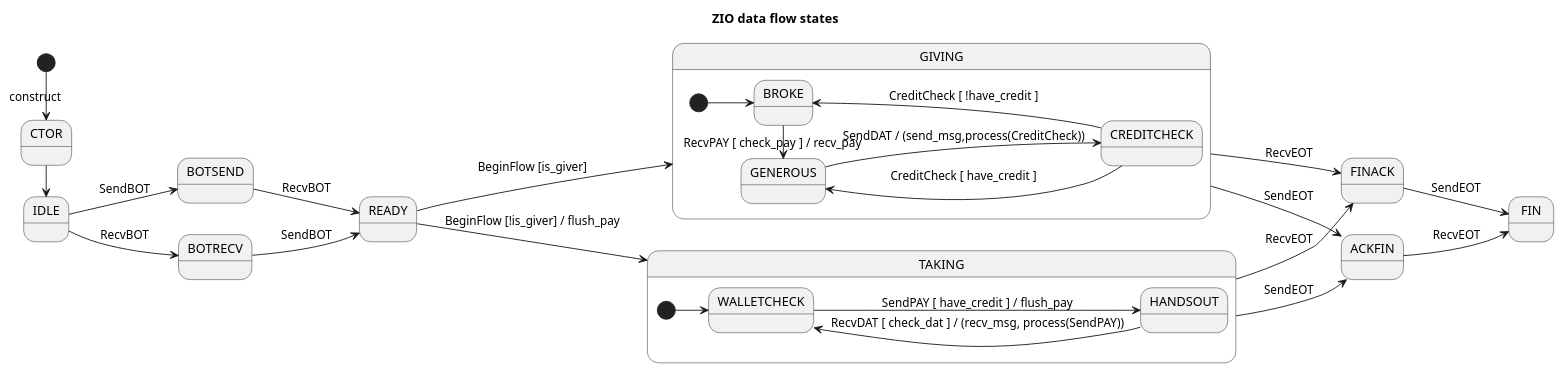
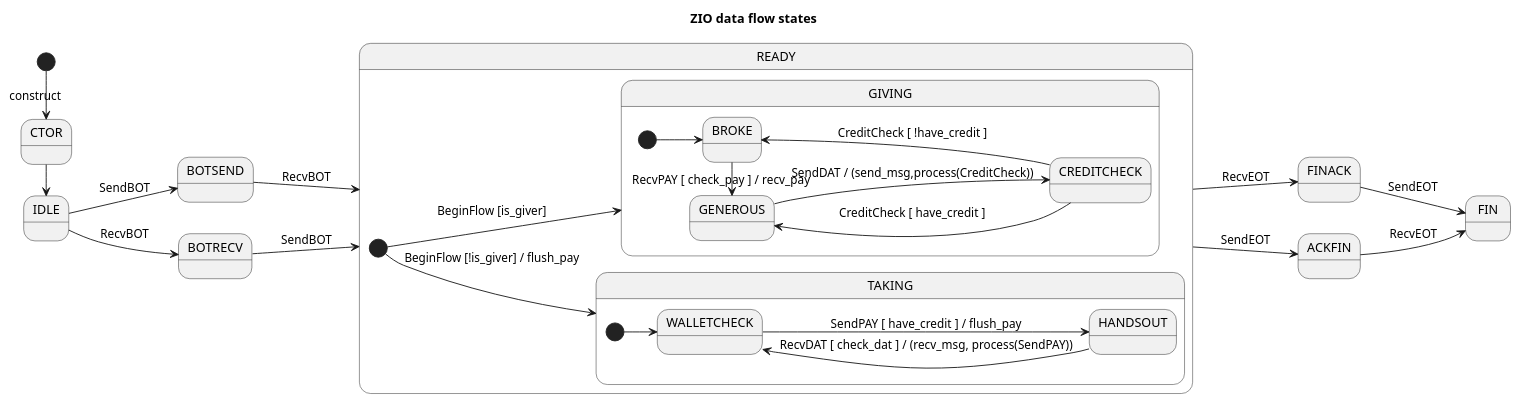
Before and after one commit to brettviren/zio: the diagram in docs/flow-states.plantuml, drawn with PlantUML. The commit also changed 3 other files, not shown here.

Commit message:
Get prototype for new fsm based flow object working

```diff
--- a/docs/flow-states.plantuml
+++ b/docs/flow-states.plantuml
@@ -1,37 +1,35 @@
 @startuml
 left to right direction
 title ZIO data flow states
 [*] -> CTOR : construct
 CTOR -> IDLE
 IDLE --> BOTSEND : SendBOT
 IDLE --> BOTRECV : RecvBOT
 BOTSEND --> READY : RecvBOT
 BOTRECV --> READY : SendBOT
 
-READY --> GIVING : BeginFlow [is_giver]
-READY --> TAKING : BeginFlow [!is_giver] / flush_pay
+state READY {
+        [*] --> GIVING : BeginFlow [is_giver]
+        [*] --> TAKING : BeginFlow [!is_giver] / flush_pay
 
 state GIVING {
         [*] --> BROKE
         BROKE -> GENEROUS : RecvPAY [ check_pay ] / recv_pay
         GENEROUS -> CREDITCHECK : SendDAT / (send_msg,process(CreditCheck))
         CREDITCHECK --> GENEROUS : CreditCheck [ have_credit ]
         CREDITCHECK --> BROKE : CreditCheck [ !have_credit ]
 }
 
-GIVING --> FINACK : RecvEOT
-GIVING --> ACKFIN : SendEOT
-
 state TAKING {
         [*] --> WALLETCHECK
         WALLETCHECK -> HANDSOUT : SendPAY [ have_credit ] / flush_pay
         HANDSOUT --> WALLETCHECK : RecvDAT [ check_dat ] / (recv_msg, process(SendPAY))
 }
-
-TAKING --> FINACK : RecvEOT
-TAKING --> ACKFIN : SendEOT
+}
+READY --> FINACK : RecvEOT
+READY --> ACKFIN : SendEOT
 
 FINACK --> FIN : SendEOT
 ACKFIN --> FIN : RecvEOT
 
 @enduml
```
